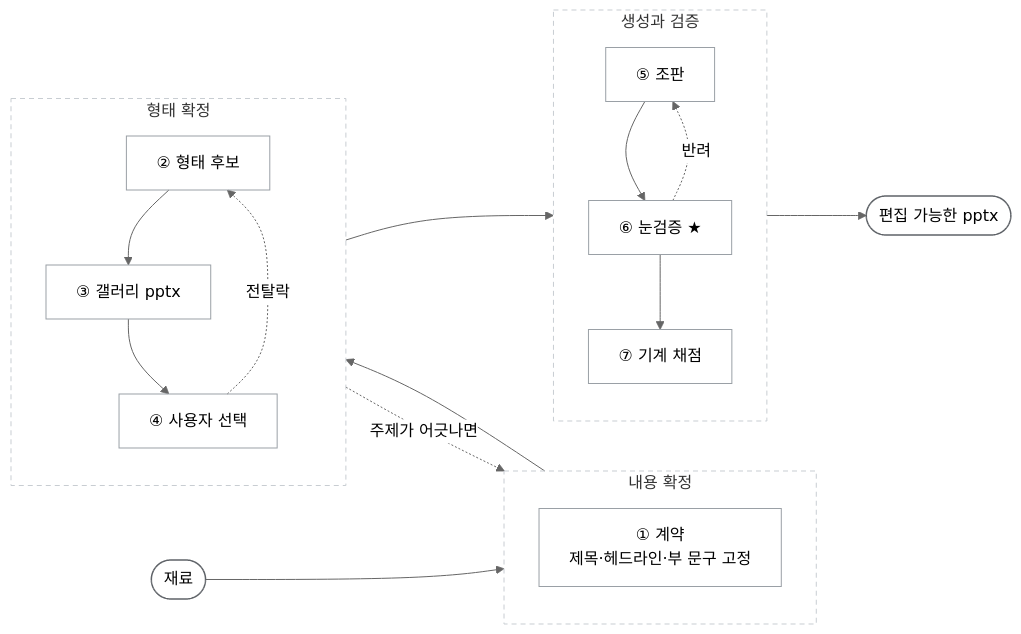
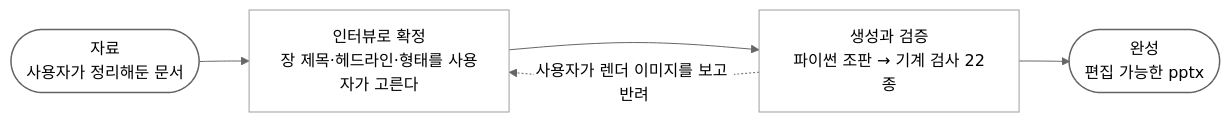
One commit to ghdtjrgns321-creator/pptxmaker changed the diagram in README.md. Above: the diagram before and after it, drawn with Mermaid (neutral theme). The commit also changed other lines of this file, not shown here.

Commit message:
docs: 핵심 설계를 4단계로 좁히고 눈검증 표현을 판정자 명시로 교체

````diff
--- a/README.md
+++ b/README.md
@@ -26,37 +26,15 @@
 ```mermaid
 flowchart LR
-    IN(["재료"]) --> S1
+    IN(["자료<br/>사용자가 정리해둔 문서"])
+    FIX["인터뷰로 확정<br/>장 제목·헤드라인·형태를 사용자가 고른다"]
+    RUN["생성과 검증<br/>파이썬 조판 → 기계 검사 22종"]
+    OUT(["완성<br/>편집 가능한 pptx"])
 
-    subgraph FIX["내용 확정"]
-        direction TB
-        S1["① 계약<br/>제목·헤드라인·부 문구 고정"]
-    end
-
-    subgraph PICK["형태 확정"]
-        direction TB
-        S2["② 형태 후보"] --> S3["③ 갤러리 pptx"]
-        S3 --> S4["④ 사용자 선택"]
-    end
-
-    subgraph MAKE["생성과 검증"]
-        direction TB
-        S5["⑤ 조판"] --> S6["⑥ 눈검증 ★"]
-        S6 --> S7["⑦ 기계 채점"]
-    end
-
-    S1 --> S2
-    S4 --> S5
-    S7 --> OUT(["편집 가능한 pptx"])
-
-    S2 -.->|주제가 어긋나면| S1
-    S4 -.->|전탈락| S2
-    S6 -.->|반려| S5
+    IN --> FIX --> RUN --> OUT
+    RUN -.->|사용자가 렌더 이미지를 보고 반려| FIX
 
     classDef step fill:none,stroke:#9aa0a6,stroke-width:1px
     classDef port fill:none,stroke:#5f6368,stroke-width:1.5px
-    class S1,S2,S3,S4,S5,S6,S7 step
+    class FIX,RUN step
     class IN,OUT port
-    style FIX fill:none,stroke:#c8cdd2,stroke-dasharray:5 4
-    style PICK fill:none,stroke:#c8cdd2,stroke-dasharray:5 4
-    style MAKE fill:none,stroke:#c8cdd2,stroke-dasharray:5 4
 ```
````
